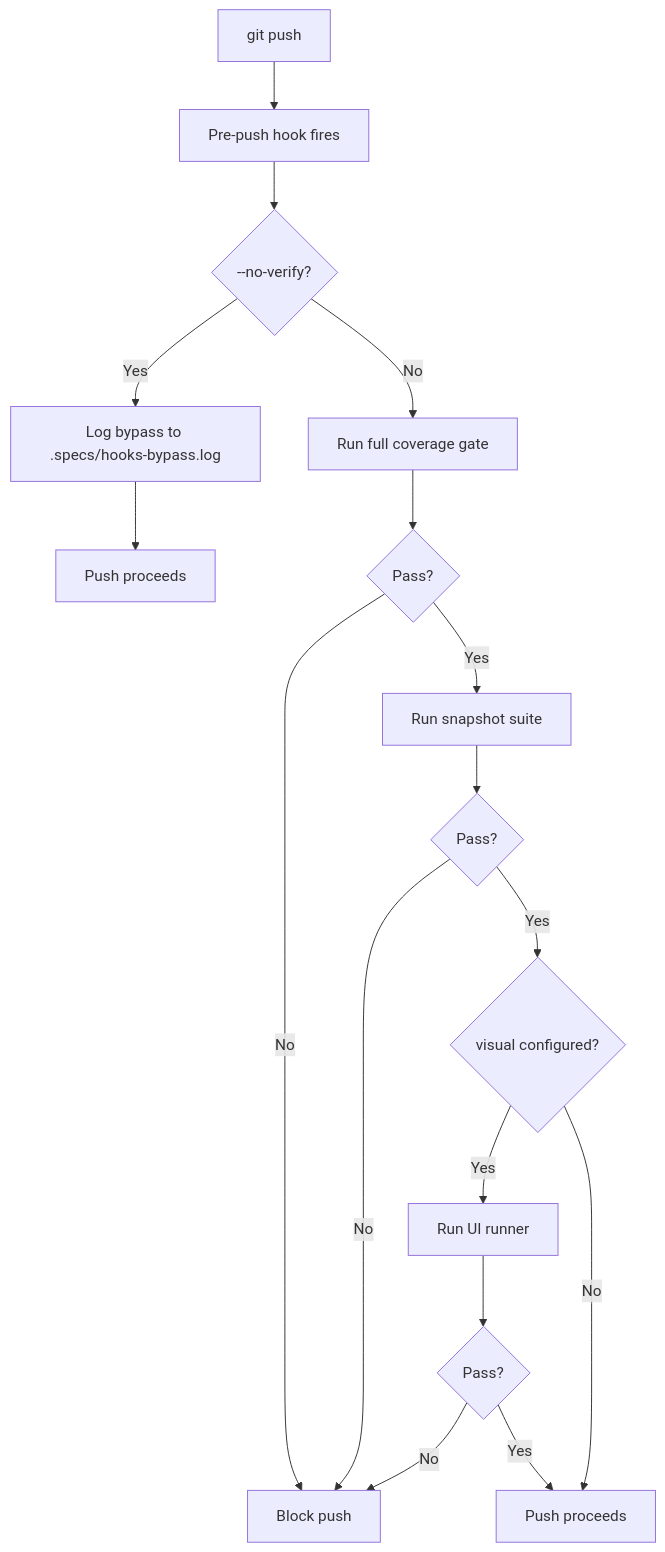
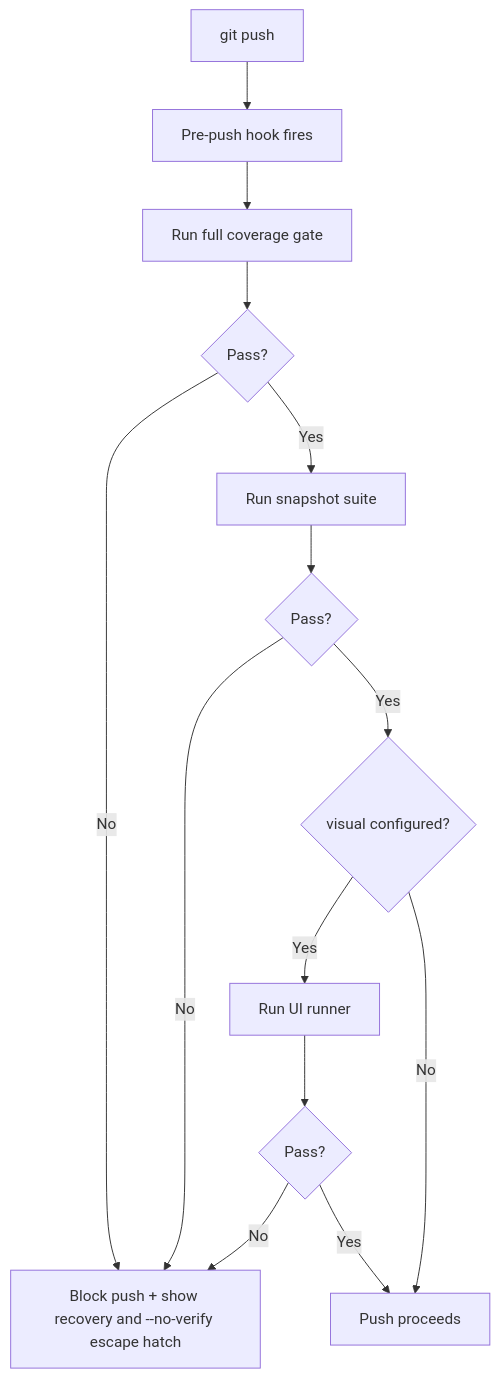
One commit to julien-m/livespec changed the third of 5 diagrams in .specs/features/032-test-hooks-pre-commit-pre-push/spec.md. Above: the diagram before and after it, drawn with Mermaid. The commit also changed other lines of this file and 17 other files, not shown here.

````diff
--- a/.specs/features/032-test-hooks-pre-commit-pre-push/spec.md
+++ b/.specs/features/032-test-hooks-pre-commit-pre-push/spec.md
@@ -155,19 +164,16 @@
 ```mermaid
 flowchart TD
     A[git push] --> B[Pre-push hook fires]
-    B --> C{--no-verify?}
-    C -- Yes --> D[Log bypass to .specs/hooks-bypass.log]
-    D --> E[Push proceeds]
-    C -- No --> F[Run full coverage gate]
+    B --> C[Run full coverage gate]
+    C --> D{Pass?}
+    D -- No --> E[Block push + show recovery and --no-verify escape hatch]
+    D -- Yes --> F[Run snapshot suite]
     F --> G{Pass?}
-    G -- No --> H[Block push]
-    G -- Yes --> I[Run snapshot suite]
-    I --> J{Pass?}
-    J -- No --> H
-    J -- Yes --> K{visual configured?}
-    K -- Yes --> L[Run UI runner]
-    K -- No --> M[Push proceeds]
-    L --> N{Pass?}
-    N -- No --> H
-    N -- Yes --> M
+    G -- No --> E
+    G -- Yes --> H{visual configured?}
+    H -- Yes --> I[Run UI runner]
+    H -- No --> J[Push proceeds]
+    I --> K{Pass?}
+    K -- No --> E
+    K -- Yes --> J
 ```
````
